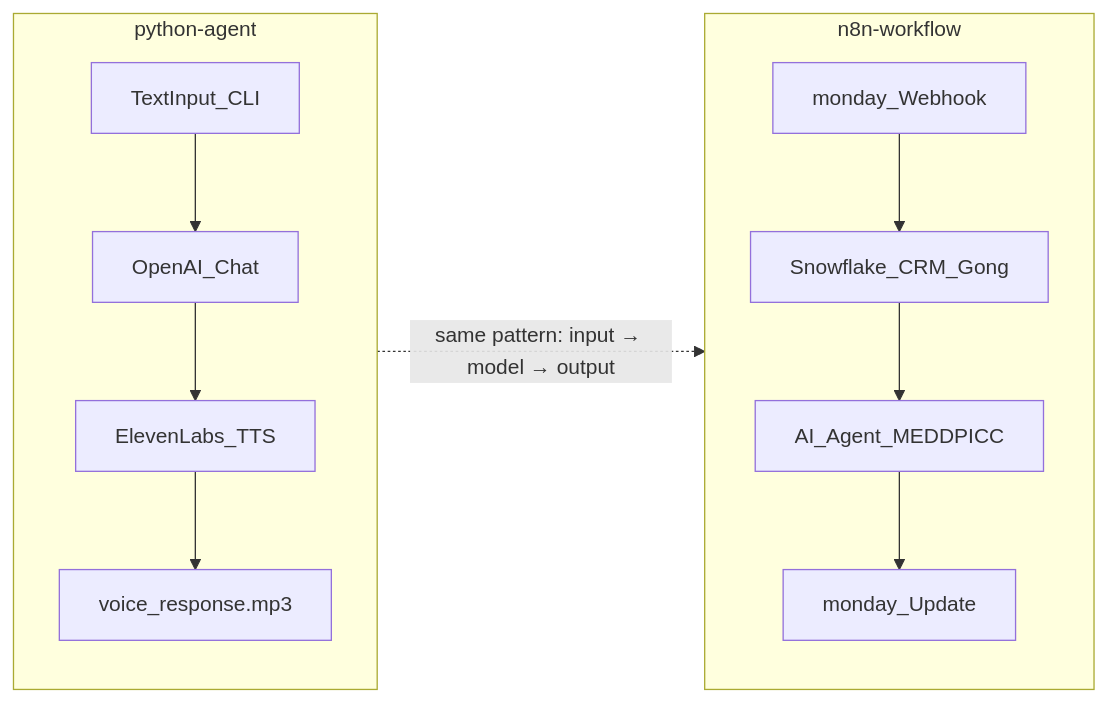
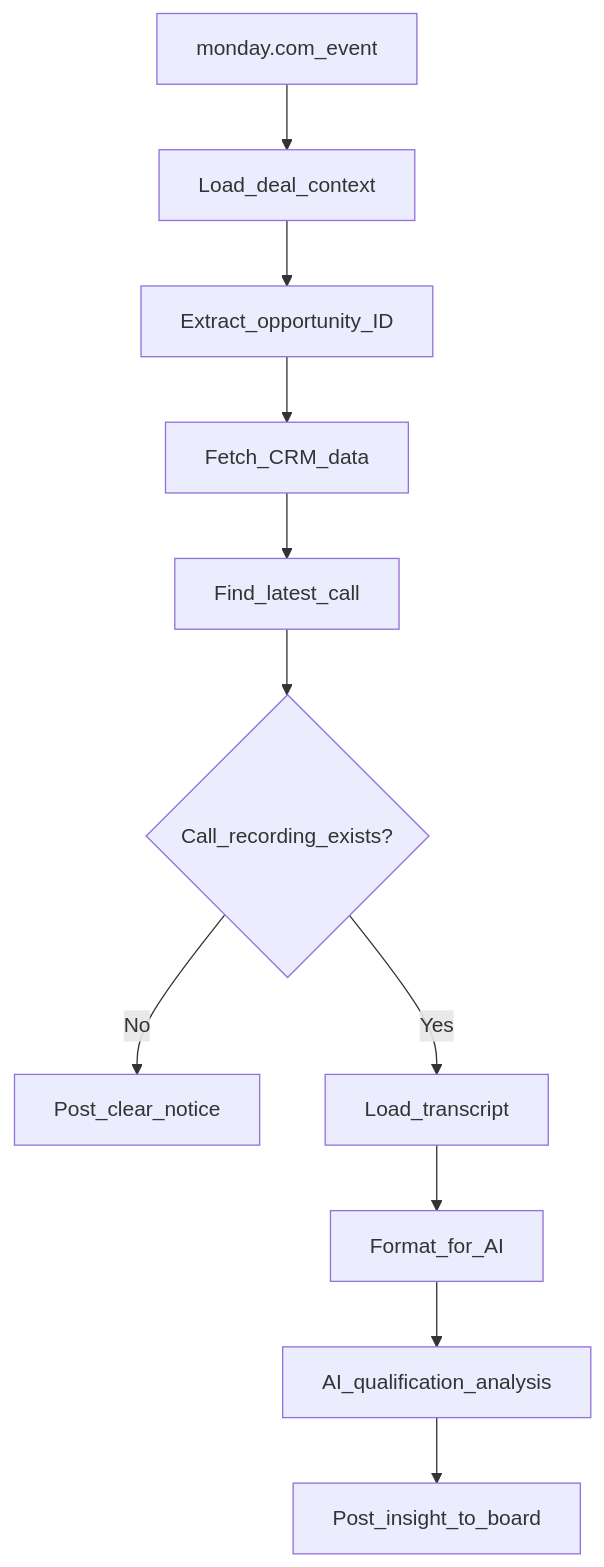
One commit to marcosdestri/ElevenLabs changed the second of 4 diagrams in README.md. Above: the diagram before and after it, drawn with Mermaid. The commit also changed other lines of this file and 9 other files, not shown here.

````diff
--- a/README.md
+++ b/README.md
@@ -83,20 +133,13 @@
 ```mermaid
-flowchart LR
-  subgraph voiceAgent [python-agent]
-    Input[TextInput_CLI]
-    LLM[OpenAI_Chat]
-    TTS[ElevenLabs_TTS]
-    MP3[voice_response.mp3]
-    Input --> LLM --> TTS --> MP3
-  end
-
-  subgraph n8nFlow [n8n-workflow]
-    WH[monday_Webhook]
-    SF[Snowflake_CRM_Gong]
-    Agent[AI_Agent_MEDDPICC]
-    Update[monday_Update]
-    WH --> SF --> Agent --> Update
-  end
-
-  voiceAgent -.->|"same pattern: input → model → output"| n8nFlow
+flowchart TD
+  Webhook[monday.com_event] --> GetItem[Load_deal_context]
+  GetItem --> SplitID[Extract_opportunity_ID]
+  SplitID --> OppInfo[Fetch_CRM_data]
+  OppInfo --> ConvID[Find_latest_call]
+  ConvID --> Validate{Call_recording_exists?}
+  Validate -->|No| NoAnalysis[Post_clear_notice]
+  Validate -->|Yes| Transcript[Load_transcript]
+  Transcript --> Concat[Format_for_AI]
+  Concat --> Agent[AI_qualification_analysis]
+  Agent --> Summary[Post_insight_to_board]
 ```
````
